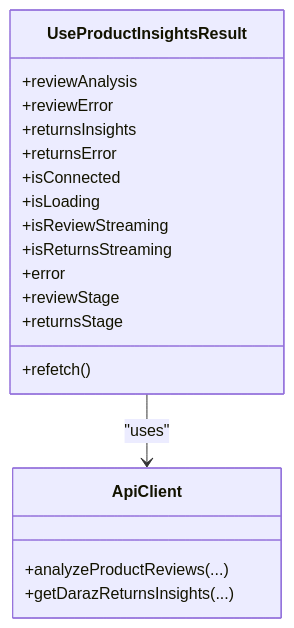
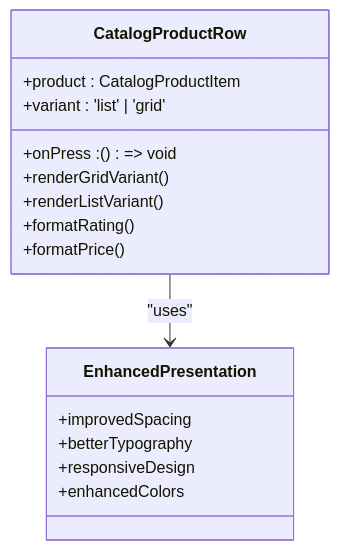
The fourth of 6 diagrams in .qoder/repowiki/en/content/Product Management/Product Insights & Analytics.md (Muhammad-Masood/tijarah-ai-app), drawn with Mermaid before and after one commit. The commit also changed other lines of this file and 11 other files, not shown here.

````diff
--- a/.qoder/repowiki/en/content/Product Management/Product Insights & Analytics.md
+++ b/.qoder/repowiki/en/content/Product Management/Product Insights & Analytics.md
@@ -186,22 +225,19 @@
 ```mermaid
 classDiagram
-class UseProductInsightsResult {
-+reviewAnalysis
-+reviewError
-+returnsInsights
-+returnsError
-+isConnected
-+isLoading
-+isReviewStreaming
-+isReturnsStreaming
-+error
-+reviewStage
-+returnsStage
-+refetch()
+class CatalogProductRow {
++product : CatalogProductItem
++onPress : () => void
++variant : 'list' | 'grid'
++renderGridVariant()
++renderListVariant()
++formatRating()
++formatPrice()
 }
-class ApiClient {
-+analyzeProductReviews(...)
-+getDarazReturnsInsights(...)
+class EnhancedPresentation {
++improvedSpacing
++betterTypography
++responsiveDesign
++enhancedColors
 }
-UseProductInsightsResult --> ApiClient : "uses"
+CatalogProductRow --> EnhancedPresentation : "uses"
 ```
````
